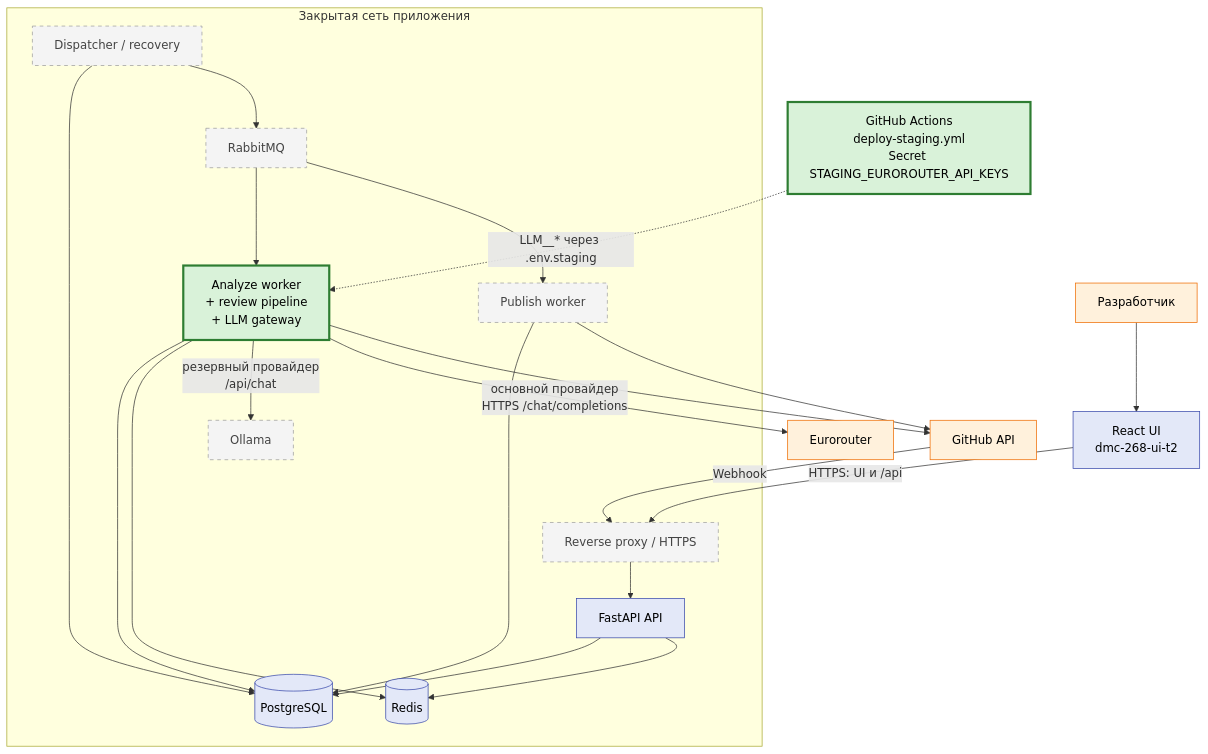
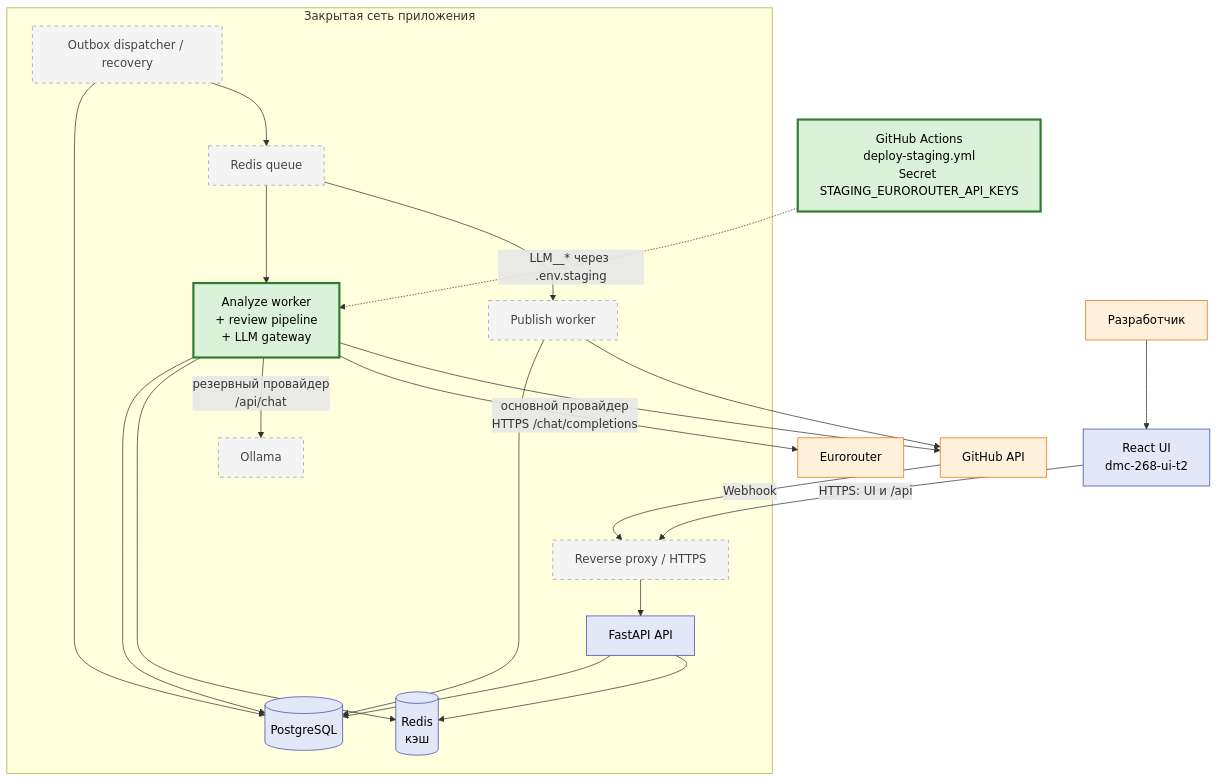
Before and after one commit to larchanka-training/dmc-268-api-t2: the first of 3 diagrams in docs/llm-gateway-review-pipeline.md, drawn with Mermaid. The commit also changed other lines of this file and 11 other files, not shown here.

````diff
--- a/docs/llm-gateway-review-pipeline.md
+++ b/docs/llm-gateway-review-pipeline.md
@@ -53,36 +53,36 @@
 ```mermaid
 flowchart TD
     User["Разработчик"] --> Browser["React UI<br/>dmc-268-ui-t2"]
     Browser -->|"HTTPS: UI и /api"| Proxy["Reverse proxy / HTTPS"]
     GH["GitHub API"] -->|"Webhook"| Proxy
     CICD["GitHub Actions<br/>deploy-staging.yml<br/>Secret STAGING_EUROROUTER_API_KEYS"]
 
     subgraph Private["Закрытая сеть приложения"]
         Proxy --> API["FastAPI API"]
         API --> DB[("PostgreSQL")]
-        API --> Cache[("Redis")]
-        Dispatch["Dispatcher / recovery"] --> DB
-        Dispatch --> MQ["RabbitMQ"]
+        API --> Cache[("Redis<br/>кэш")]
+        Dispatch["Outbox dispatcher / recovery"] --> DB
+        Dispatch --> MQ["Redis queue"]
         MQ --> Analyze["Analyze worker<br/>+ review pipeline<br/>+ LLM gateway"]
         MQ --> Publish["Publish worker"]
         Analyze --> DB
         Analyze --> Cache
         Analyze -->|"резервный провайдер<br/>/api/chat"| Ollama["Ollama"]
         Publish --> DB
     end
 
     CICD -.->|"LLM__* через .env.staging"| Analyze
     Analyze -->|"основной провайдер<br/>HTTPS /chat/completions"| Euro["Eurorouter"]
     Analyze --> GH
     Publish --> GH
 
     classDef task fill:#d9f2d9,stroke:#2e7d32,stroke-width:3px,color:#000
     classDef exist fill:#e3e8f8,stroke:#3949ab,color:#000
     classDef future fill:#f4f4f4,stroke:#9e9e9e,stroke-dasharray:5 5,color:#444
     classDef ext fill:#fff1dc,stroke:#ef6c00,color:#000
 
     class Analyze,CICD task
     class Browser,API,DB,Cache exist
     class Proxy,Dispatch,MQ,Publish,Ollama future
     class GH,Euro,User ext
 ```
````
